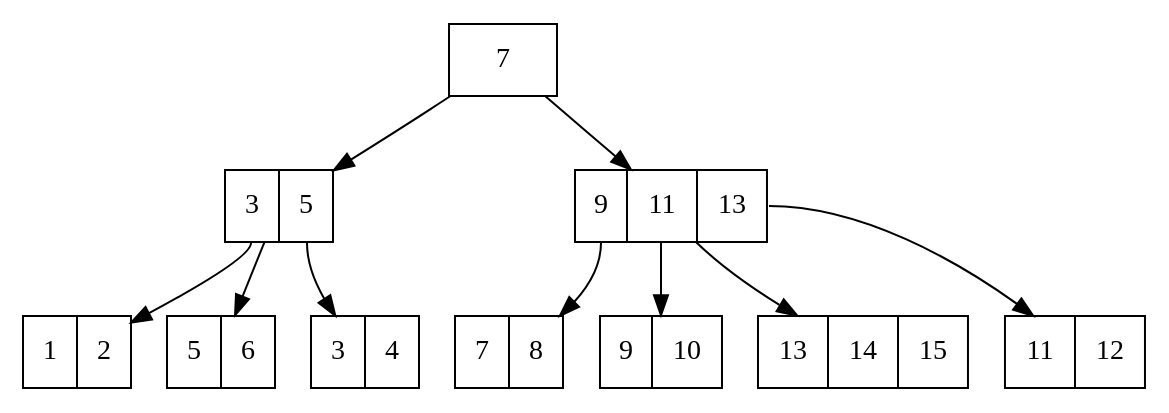
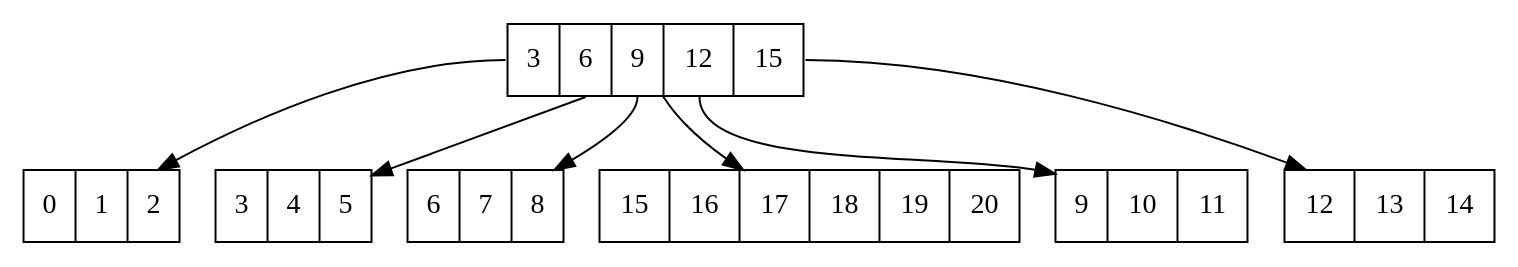
Before and after one commit to RushhMax/SGBD_BBDDII: the diagram in INDICES/Post_userid.dot, drawn with Graphviz. The commit also changed 9 other files, not shown here.

```diff
--- a/INDICES/Post_userid.dot
+++ b/INDICES/Post_userid.dot
@@ -1,22 +1,16 @@
 digraph BPlusTree {
 node [shape=record];
-node0 [label="<f0> 7"];
+node0 [label="<f0> 3 | <f1> 6 | <f2> 9 | <f3> 12 | <f4> 15"];
 node0:f0 -> node1;
-node1 [label="<f0> 3 | <f1> 5"];
-node1:f0 -> node2;
-node2 [label="<f0> 1 | <f1> 2"];
-node1:f1 -> node3;
-node3 [label="<f0> 3 | <f1> 4"];
-node1:f2 -> node4;
-node4 [label="<f0> 5 | <f1> 6"];
-node0:f1 -> node5;
-node5 [label="<f0> 9 | <f1> 11 | <f2> 13"];
-node5:f0 -> node6;
-node6 [label="<f0> 7 | <f1> 8"];
-node5:f1 -> node7;
-node7 [label="<f0> 9 | <f1> 10"];
-node5:f2 -> node8;
-node8 [label="<f0> 11 | <f1> 12"];
-node5:f3 -> node9;
-node9 [label="<f0> 13 | <f1> 14 | <f2> 15"];
+node1 [label="<f0> 0 | <f1> 1 | <f2> 2"];
+node0:f1 -> node2;
+node2 [label="<f0> 3 | <f1> 4 | <f2> 5"];
+node0:f2 -> node3;
+node3 [label="<f0> 6 | <f1> 7 | <f2> 8"];
+node0:f3 -> node4;
+node4 [label="<f0> 9 | <f1> 10 | <f2> 11"];
+node0:f4 -> node5;
+node5 [label="<f0> 12 | <f1> 13 | <f2> 14"];
+node0:f5 -> node6;
+node6 [label="<f0> 15 | <f1> 16 | <f2> 17 | <f3> 18 | <f4> 19 | <f5> 20"];
 }
```
